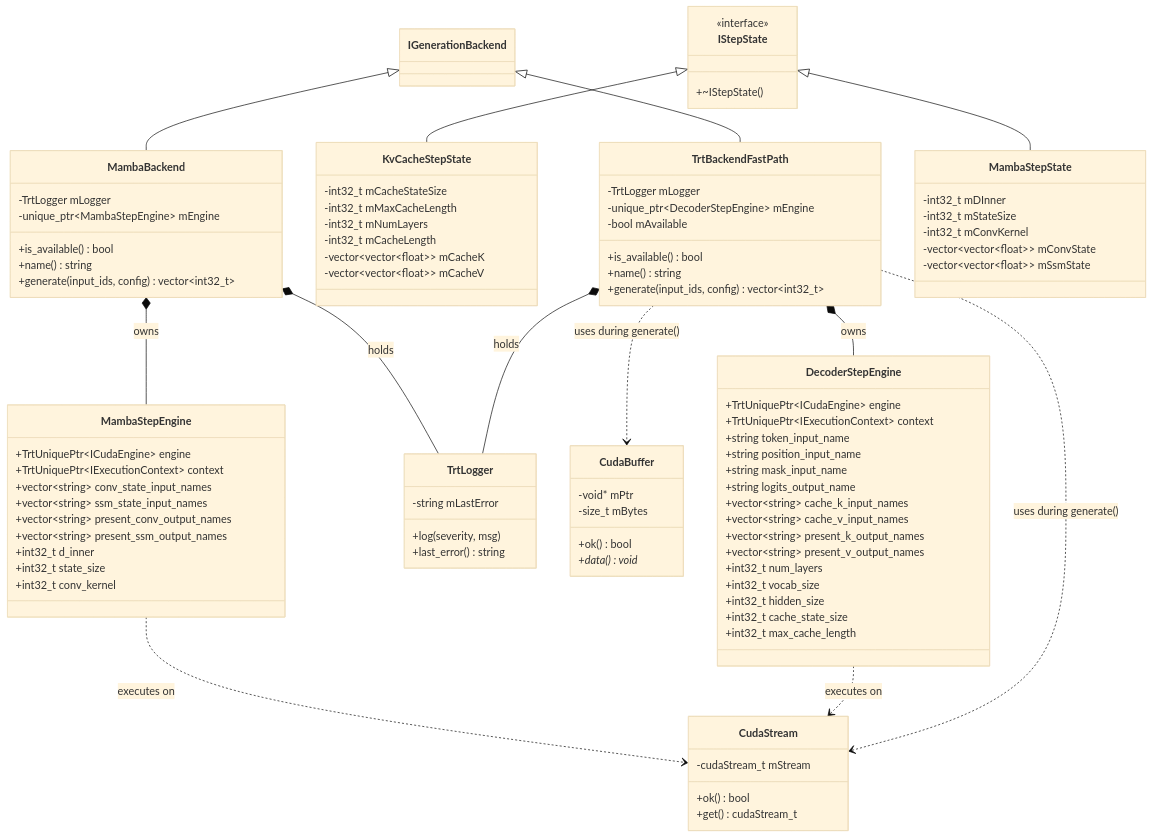
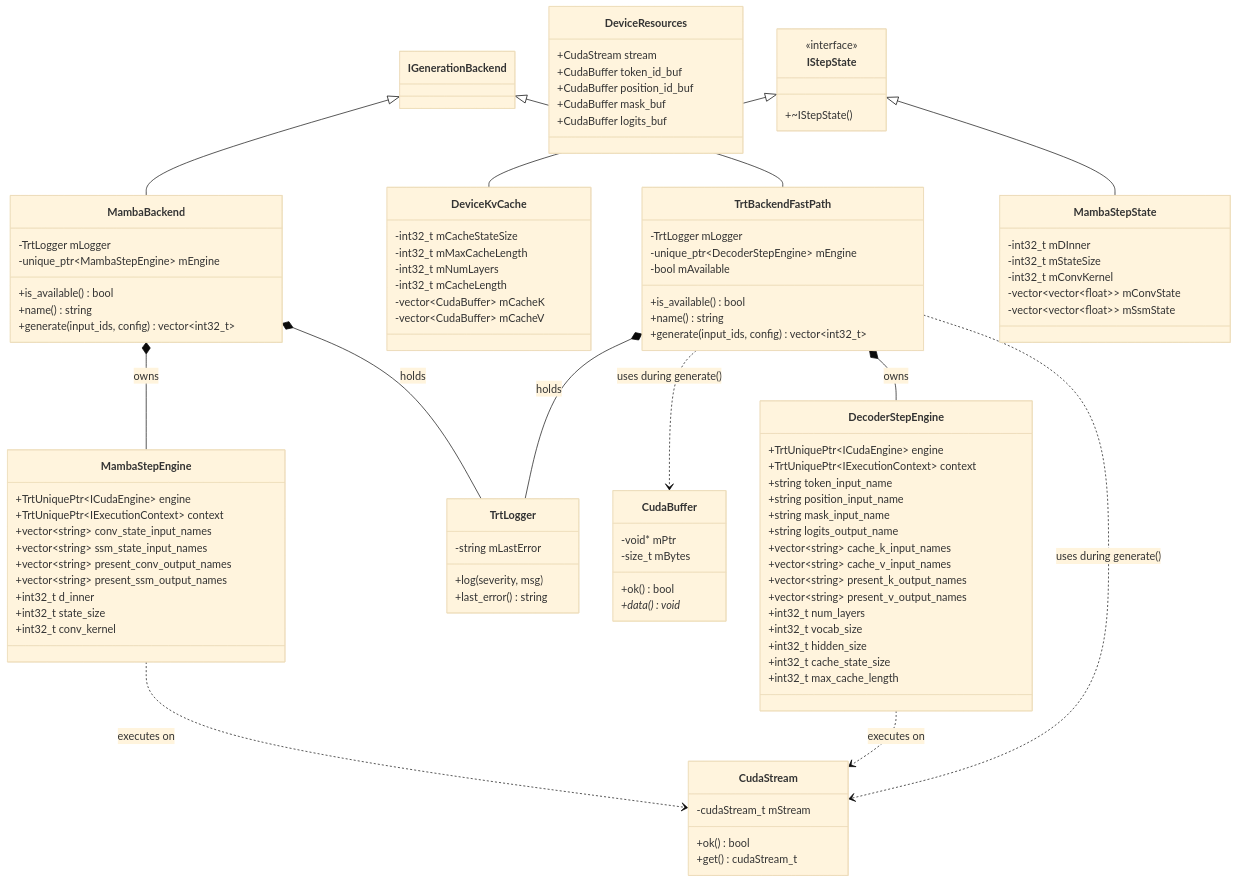
Before and after one commit to AbishekCoder1/TensorRT-Model-Connect: the second of 3 diagrams in docs/wiki/Static-Design.md, drawn with Mermaid (base theme). The commit also changed other lines of this file and 27 other files, not shown here.

```diff
--- a/docs/wiki/Static-Design.md
+++ b/docs/wiki/Static-Design.md
@@ -130,13 +130,21 @@
         +~IStepState()
     }
 
-    class KvCacheStepState {
+    class DeviceKvCache {
         -int32_t mCacheStateSize
         -int32_t mMaxCacheLength
         -int32_t mNumLayers
         -int32_t mCacheLength
-        -vector~vector~float~~ mCacheK
-        -vector~vector~float~~ mCacheV
+        -vector~CudaBuffer~ mCacheK
+        -vector~CudaBuffer~ mCacheV
+    }
+
+    class DeviceResources {
+        +CudaStream stream
+        +CudaBuffer token_id_buf
+        +CudaBuffer position_id_buf
+        +CudaBuffer mask_buf
+        +CudaBuffer logits_buf
     }
 
     class TrtLogger {
@@ -194,7 +202,7 @@
     TrtBackendFastPath ..> CudaBuffer : uses during generate()
     MambaBackend *-- MambaStepEngine : owns
     MambaBackend *-- TrtLogger : holds
-    IStepState <|-- KvCacheStepState
+    IStepState <|-- DeviceKvCache
     IStepState <|-- MambaStepState
     DecoderStepEngine ..> CudaStream : executes on
     MambaStepEngine ..> CudaStream : executes on
```
